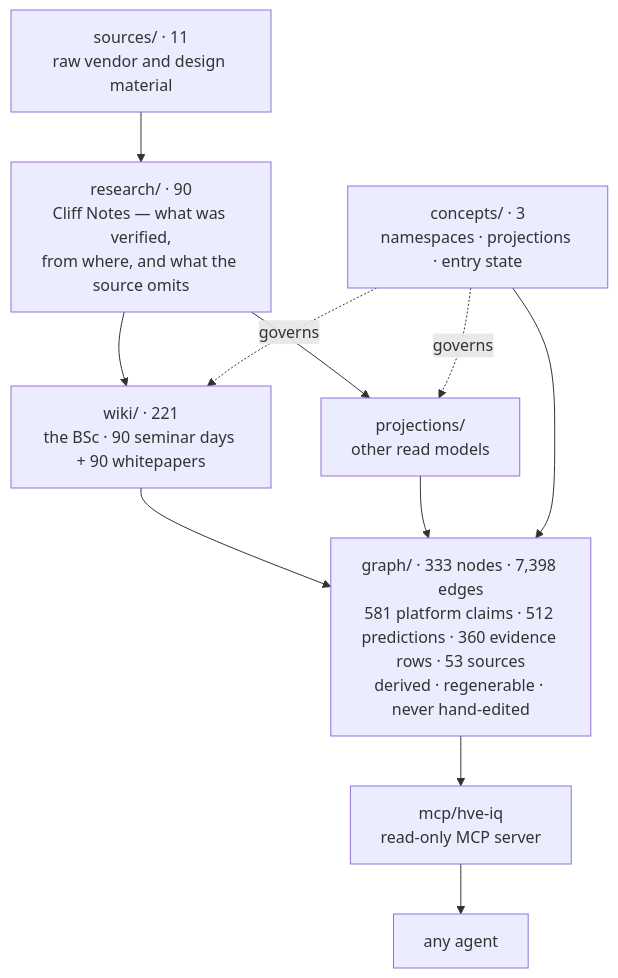
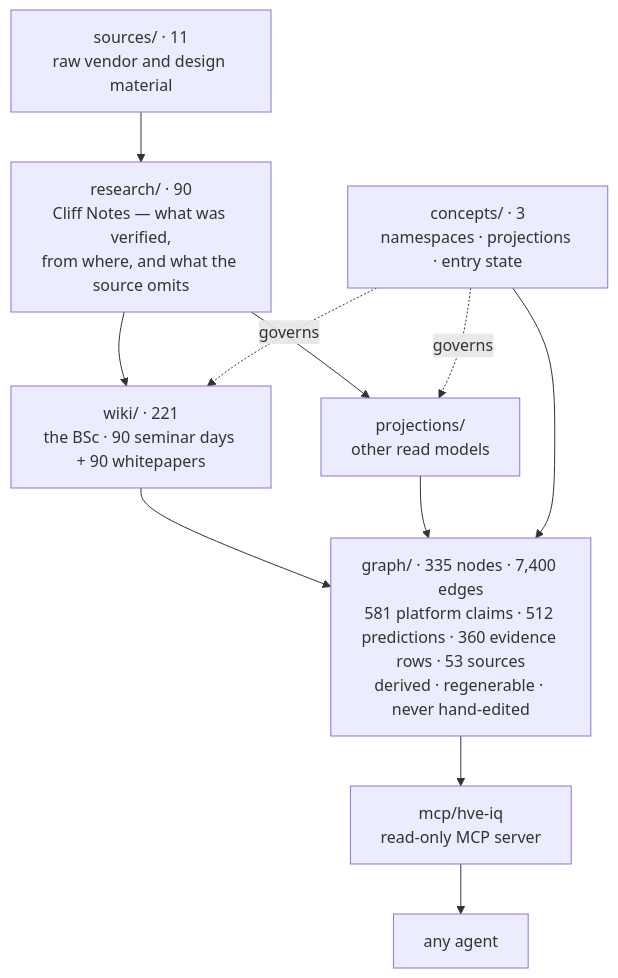
One commit to venturemavenwill/high-velocity-engineering changed the diagram in README.md. Above: the diagram before and after it, drawn with Mermaid. The commit also changed other lines of this file and 6 other files, not shown here.

First line of the commit message:
agent artefacts for consuming HVE IQ: SKILL.md and Copilot Studio setup

````diff
--- a/README.md
+++ b/README.md
@@ -13,14 +13,14 @@
 ```mermaid
 flowchart TD
   S["sources/ · 11<br/>raw vendor and design material"] --> R
   R["research/ · 90<br/>Cliff Notes — what was verified,<br/>from where, and what the source omits"] --> W
   R --> P
   W["wiki/ · 221<br/>the BSc · 90 seminar days + 90 whitepapers"]
   P["projections/<br/>other read models"]
   C["concepts/ · 3<br/>namespaces · projections · entry state"] -.governs.-> W
   C -.governs.-> P
   W --> G
   P --> G
   C --> G
-  G["graph/ · 333 nodes · 7,398 edges<br/>581 platform claims · 512 predictions · 360 evidence rows · 53 sources<br/>derived · regenerable · never hand-edited"] --> M["mcp/hve-iq<br/>read-only MCP server"] --> A["any agent"]
+  G["graph/ · 335 nodes · 7,400 edges<br/>581 platform claims · 512 predictions · 360 evidence rows · 53 sources<br/>derived · regenerable · never hand-edited"] --> M["mcp/hve-iq<br/>read-only MCP server"] --> A["any agent"]
 ```
````
